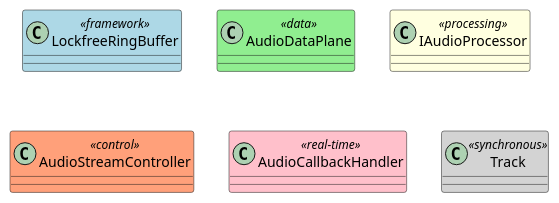
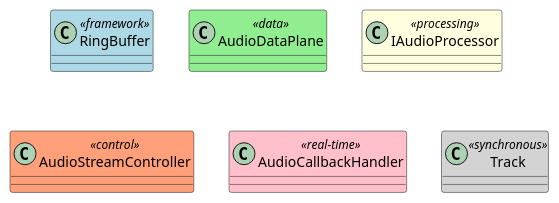
Before and after one commit to aidan-clyens/miniaudioengine: the first of 2 diagrams in .github/agents/PlantUML.agent.md, drawn with PlantUML. The commit also changed other lines of this file and 28 other files, not shown here.

````diff
--- a/.github/agents/PlantUML.agent.md
+++ b/.github/agents/PlantUML.agent.md
@@ -113,22 +113,22 @@
 ```plantuml
 @startuml
 skinparam classAttributeIconSize 0
 skinparam monochrome false
 
 ' Framework (Layer 0) - blue
-class LockfreeRingBuffer <<framework>> #lightblue
+class RingBuffer <<framework>> #lightblue
 
 ' Data Plane (Layer 1) - green  
 class AudioDataPlane <<data>> #lightgreen
 
 ' Processing Plane (Layer 2) - yellow
 class IAudioProcessor <<processing>> #lightyellow
 
 ' Control Plane (Layer 3) - orange
 class AudioStreamController <<control>> #lightsalmon
 
 ' Threading annotations
 class AudioCallbackHandler <<real-time>> #pink
 class Track <<synchronous>> #lightgray
 @enduml
 ```
````
